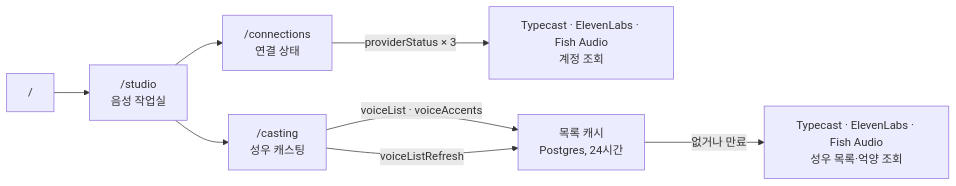
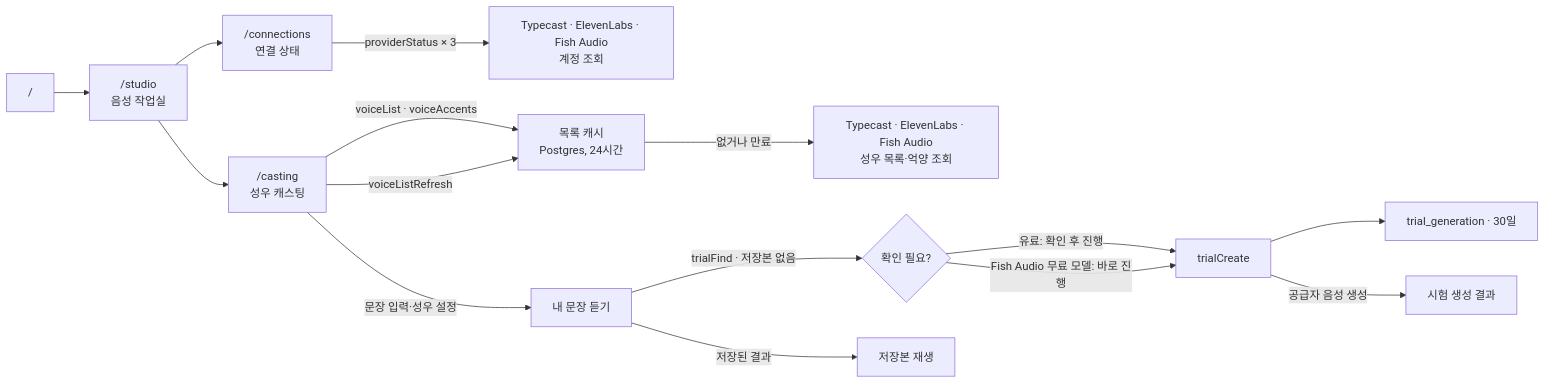
One commit to roadkwonai/omni-ai-tts changed the diagram in docs/domain/project.md. Above: the diagram before and after it, drawn with Mermaid. The commit also changed other lines of this file and 73 other files, not shown here.

````diff
--- a/docs/domain/project.md
+++ b/docs/domain/project.md
@@ -18,10 +18,17 @@
 ```mermaid
 flowchart LR
   R["/"] --> S["/studio<br/>음성 작업실"]
   S --> C["/connections<br/>연결 상태"]
   C -->|providerStatus × 3| P["Typecast · ElevenLabs · Fish Audio<br/>계정 조회"]
   S --> V["/casting<br/>성우 캐스팅"]
   V -->|"voiceList · voiceAccents"| K["목록 캐시<br/>Postgres, 24시간"]
   K -->|"없거나 만료"| L["Typecast · ElevenLabs · Fish Audio<br/>성우 목록·억양 조회"]
   V -->|voiceListRefresh| K
+  V -->|문장 입력·성우 설정| TF["내 문장 듣기"]
+  TF -->|trialFind · 저장본 없음| TC{"확인 필요?"}
+  TC -->|유료: 확인 후 진행| TCR["trialCreate"]
+  TC -->|Fish Audio 무료 모델: 바로 진행| TCR
+  TF -->|저장된 결과| TA["저장본 재생"]
+  TCR --> TR["trial_generation · 30일"]
+  TCR -->|공급자 음성 생성| TOUT["시험 생성 결과"]
 ```
````
